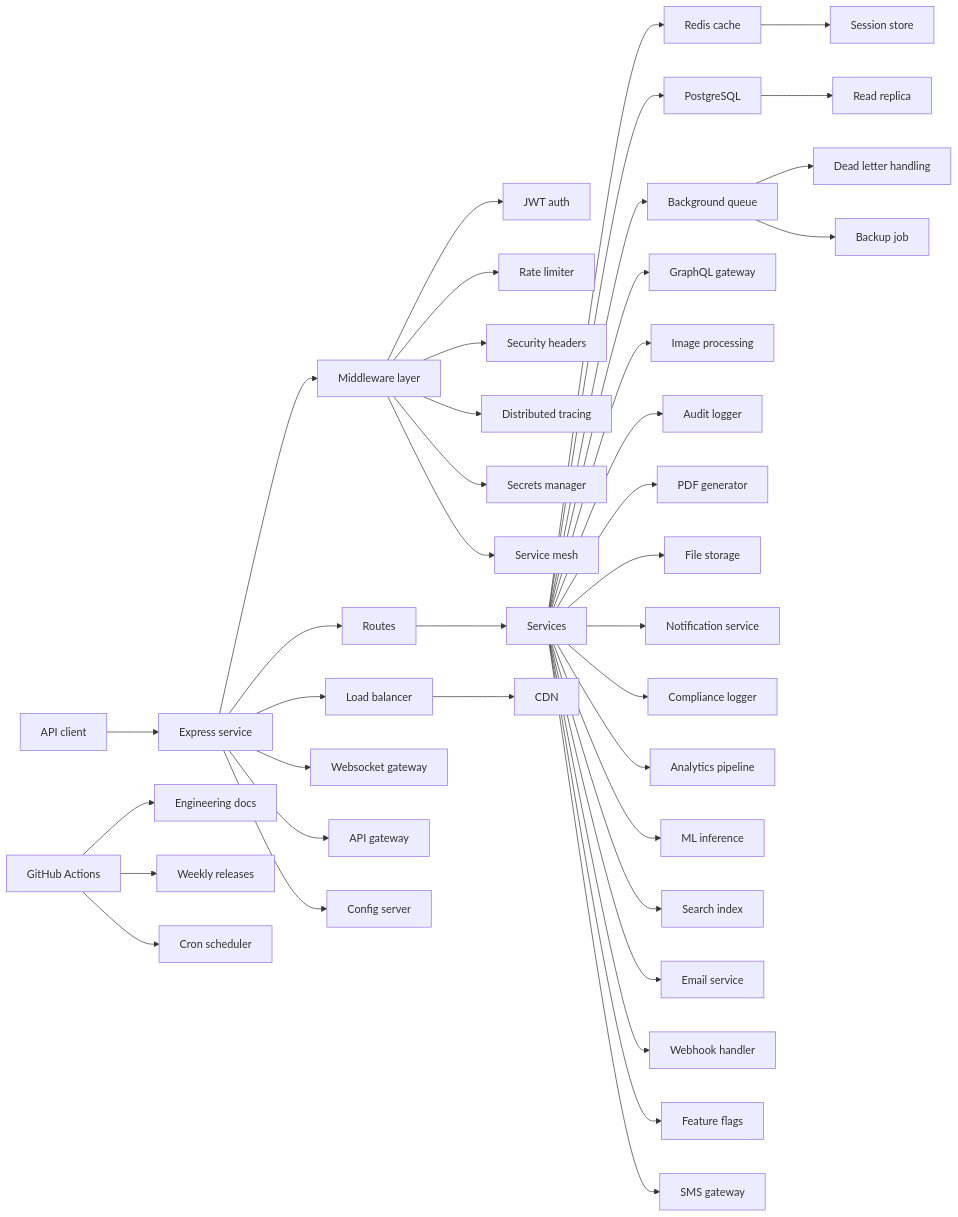
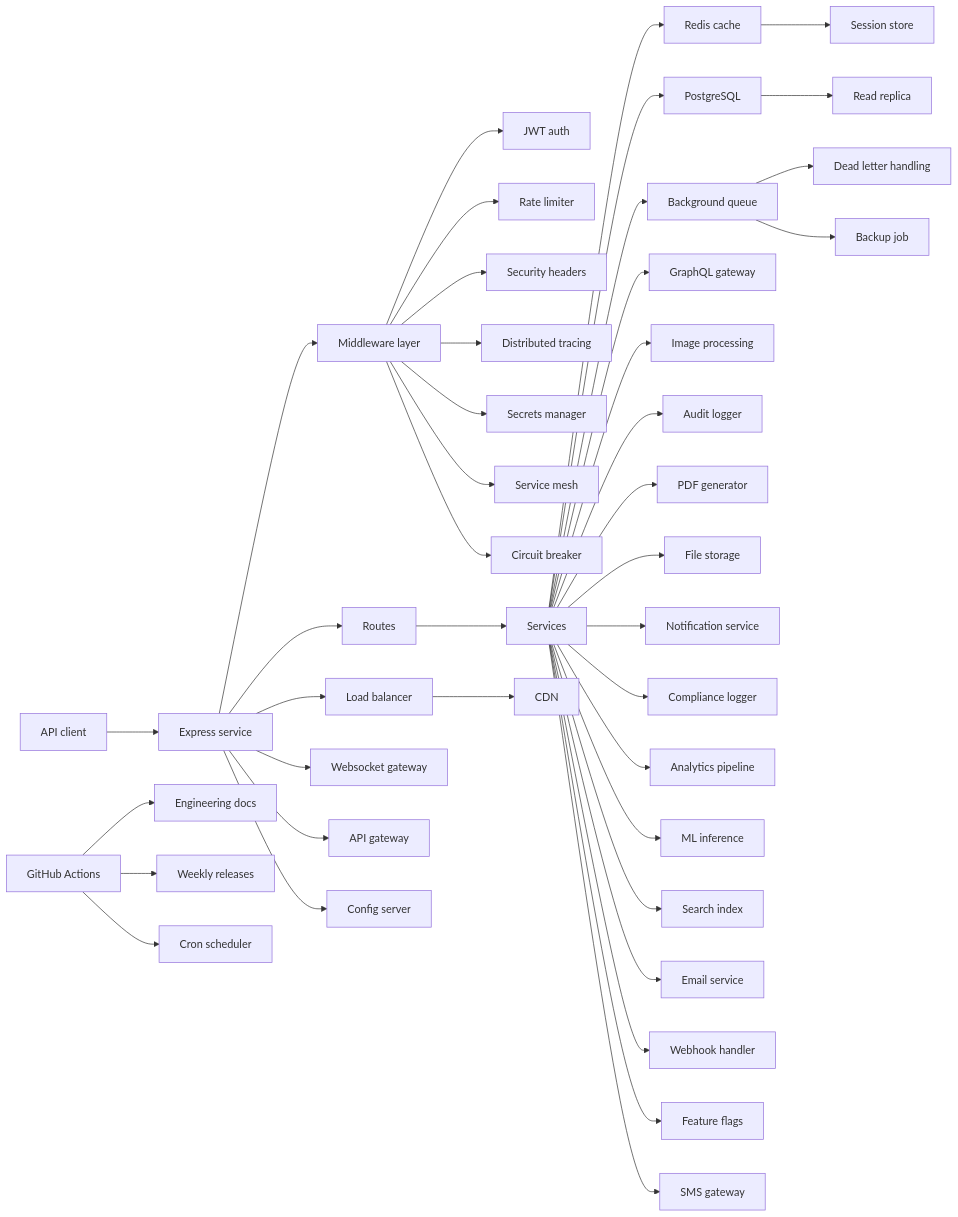
One commit to P-r-e-m-i-u-m/Aridon changed the diagram in README.md. Above: the diagram before and after it, drawn with Mermaid.

Commit message:
docs: grow system snapshot diagram 2026-08-01

````diff
--- a/README.md
+++ b/README.md
@@ -24,42 +24,43 @@
 ```mermaid
 flowchart LR
   Client["API client"] --> Express["Express service"]
   Express --> Middleware["Middleware layer"]
   Middleware --> Auth["JWT auth"]
   Middleware --> RateLimit["Rate limiter"]
   Middleware --> Security["Security headers"]
   Express --> Routes["Routes"]
   Routes --> Services["Services"]
   Services --> Redis["Redis cache"]
   Services --> Postgres["PostgreSQL"]
   Services --> Queue["Background queue"]
   Queue --> DLQ["Dead letter handling"]
   Actions["GitHub Actions"] --> Docs["Engineering docs"]
   Actions --> Releases["Weekly releases"]
   Services --> GraphqlGW["GraphQL gateway"]
   Services --> ImageProcessing["Image processing"]
   Middleware --> Tracing["Distributed tracing"]
   Actions --> CronScheduler["Cron scheduler"]
   Services --> AuditLog["Audit logger"]
   Services --> PdfGenerator["PDF generator"]
   Postgres --> ReadReplica["Read replica"]
   Services --> FileStorage["File storage"]
   Services --> Notifications["Notification service"]
   LoadBalancer --> CDN["CDN"]
   Services --> ComplianceLog["Compliance logger"]
   Middleware --> SecretsManager["Secrets manager"]
   Services --> Analytics["Analytics pipeline"]
   Services --> MLInference["ML inference"]
   Services --> SearchIndex["Search index"]
   Queue --> BackupJob["Backup job"]
   Services --> EmailService["Email service"]
   Services --> WebhookHandler["Webhook handler"]
   Middleware --> ServiceMesh["Service mesh"]
   Services --> FeatureFlags["Feature flags"]
   Express --> LoadBalancer["Load balancer"]
   Redis --> SessionStore["Session store"]
   Services --> SmsGateway["SMS gateway"]
   Express --> WebsocketGW["Websocket gateway"]
   Express --> Gateway["API gateway"]
   Express --> ConfigServer["Config server"]
+  Middleware --> CircuitBreaker["Circuit breaker"]
 ```
````
